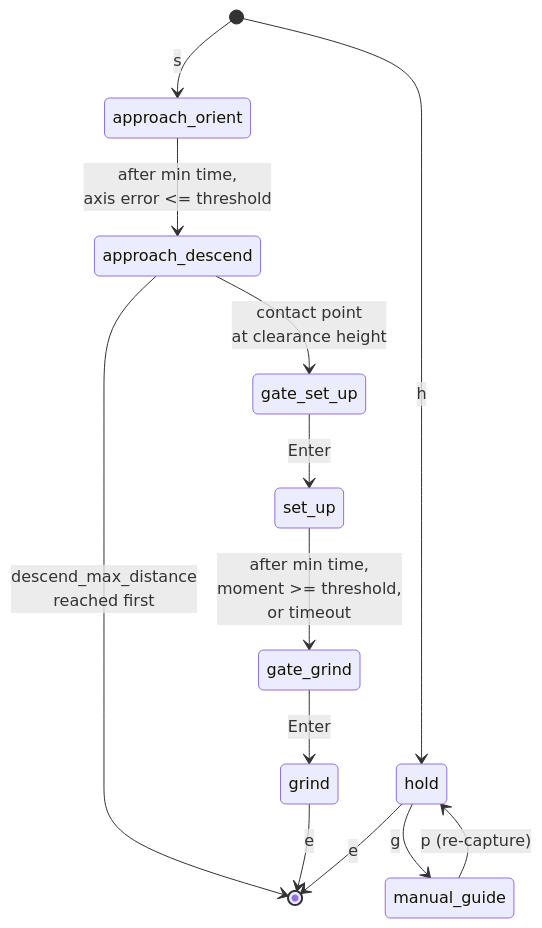
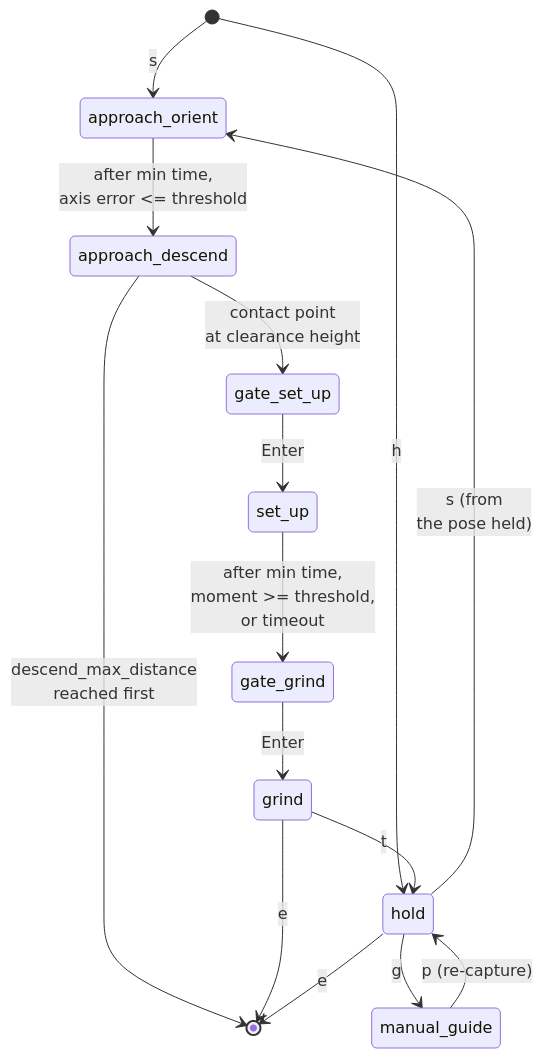
Before and after one commit to heykel95-lab/MyController: the second of 2 diagrams in surface_grinding_controller/README.md, drawn with Mermaid. The commit also changed other lines of this file and 9 other files, not shown here.

````diff
--- a/surface_grinding_controller/README.md
+++ b/surface_grinding_controller/README.md
@@ -125,15 +147,17 @@
 ```mermaid
 stateDiagram-v2
   [*] --> approach_orient: s
   [*] --> hold: h
   approach_orient --> approach_descend: after min time,<br/>axis error <= threshold
   approach_descend --> gate_set_up: contact point<br/>at clearance height
   approach_descend --> [*]: descend_max_distance<br/>reached first
   gate_set_up --> set_up: Enter
   set_up --> gate_grind: after min time,<br/>moment >= threshold,<br/>or timeout
   gate_grind --> grind: Enter
   grind --> [*]: e
+  hold --> approach_orient: s (from<br/>the pose held)
+  grind --> hold: t
   hold --> manual_guide: g
   manual_guide --> hold: p (re-capture)
   hold --> [*]: e
 ```
````
